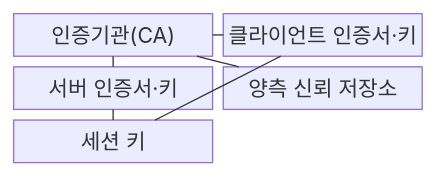
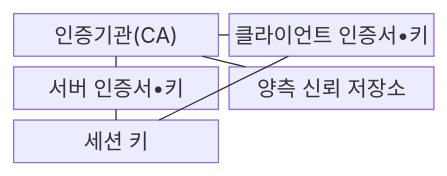
The first of 2 diagrams in src/content/docs/notes/04-network/031_mtls_mutual_tls.md (agnusdei1207/knowledge-base), drawn with Mermaid before and after one commit. The commit also changed other lines of this file and 953 other files, not shown here.

````diff
--- a/src/content/docs/notes/04-network/031_mtls_mutual_tls.md
+++ b/src/content/docs/notes/04-network/031_mtls_mutual_tls.md
@@ -64,14 +64,14 @@
 ```mermaid
 block
     columns 2
     A["인증기관(CA)"]
-    B["클라이언트 인증서·키"]
-    C["서버 인증서·키"]
+    B["클라이언트 인증서•키"]
+    C["서버 인증서•키"]
     D["양측 신뢰 저장소"]
     E["세션 키"]
     A --- B
     A --- C
     A --- D
     B --- E
     C --- E
 ```
````
